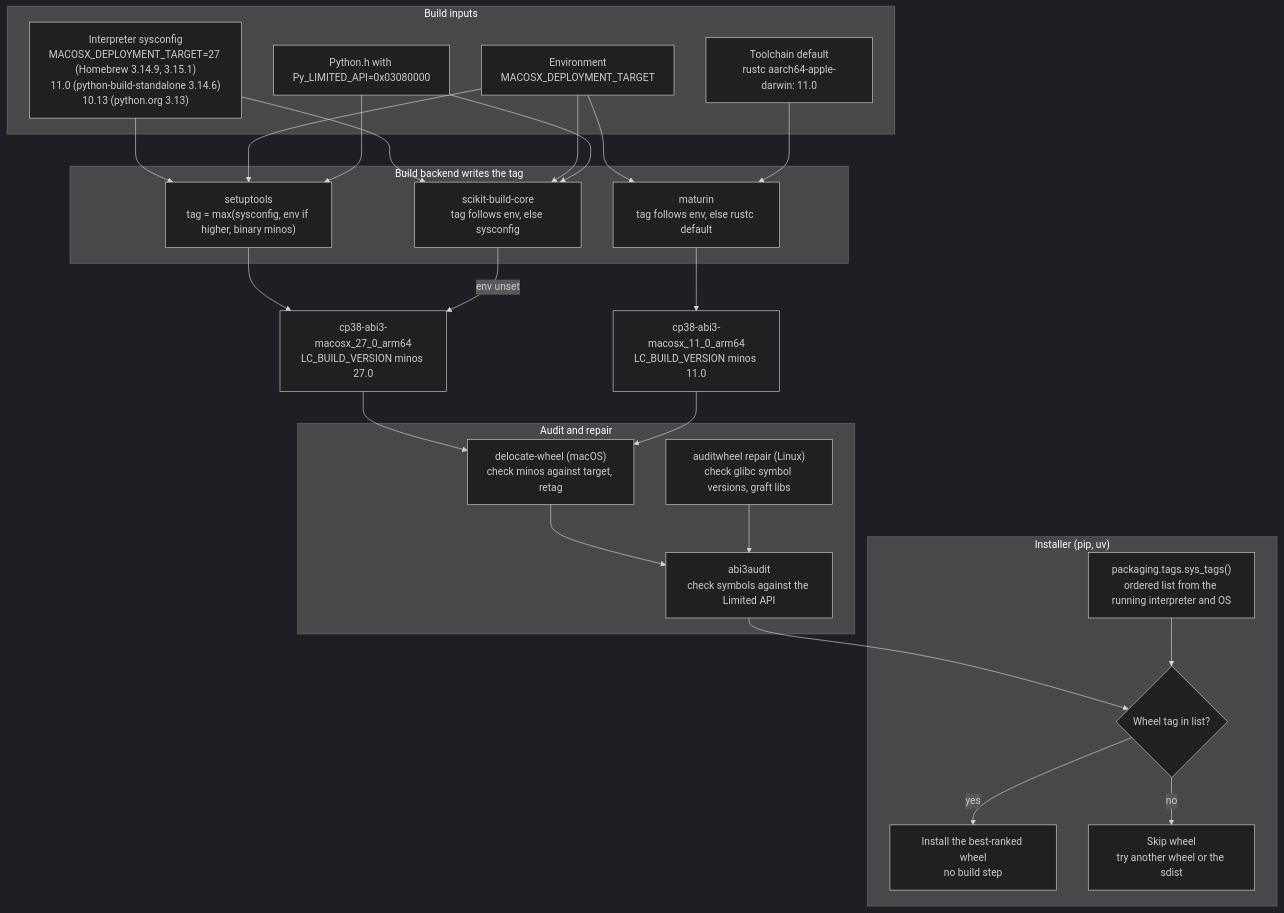
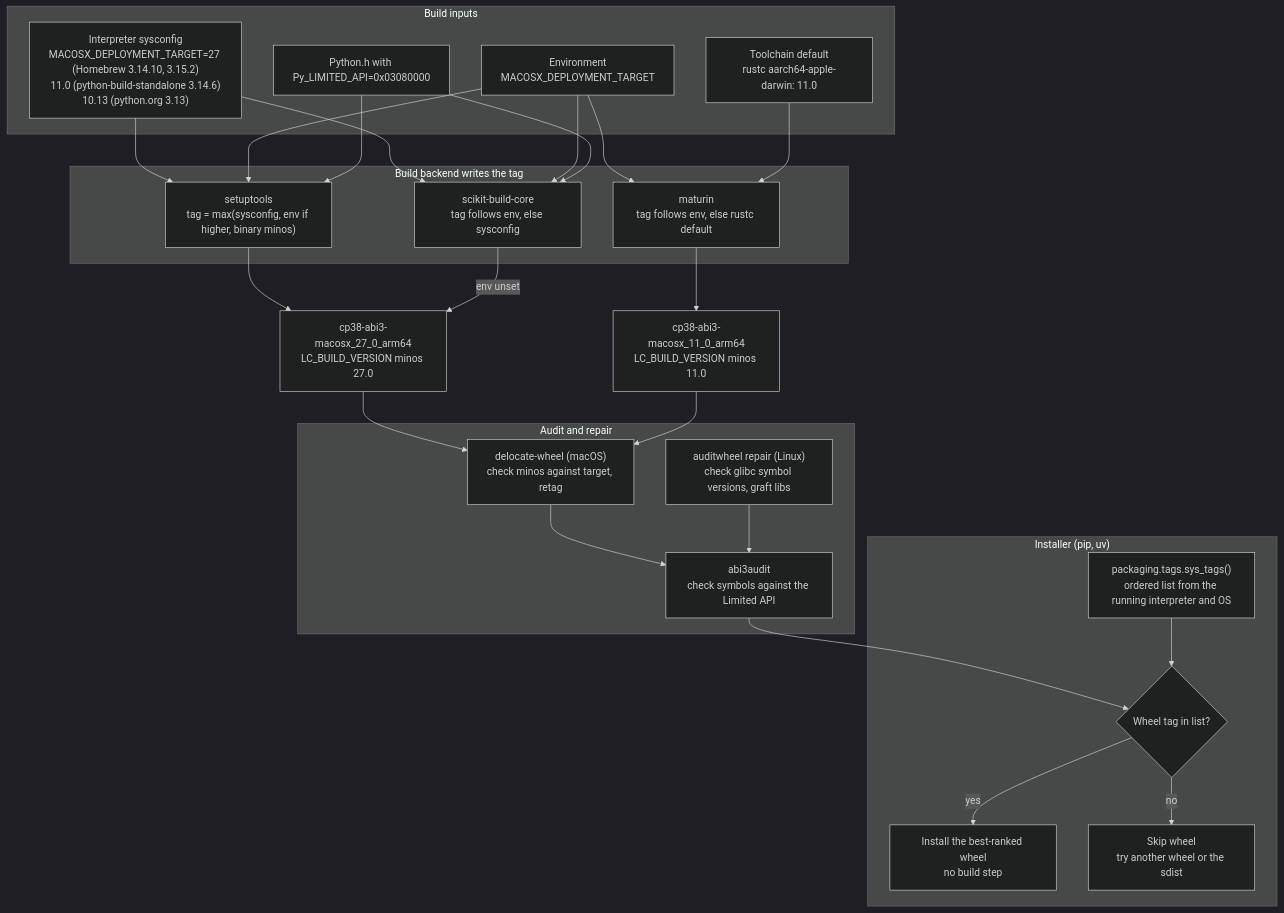
Before and after one commit to shreejitverma/SDE-Interview-Prep: the diagram in 18-Developer-Toolchain/07-Packaging-and-Release/Python/Python-Wheels-Platform-Tags-Manylinux-and-ABI3.md, drawn with Mermaid (dark theme). The commit also changed other lines of this file and 47 other files, not shown here.

````diff
--- a/18-Developer-Toolchain/07-Packaging-and-Release/Python/Python-Wheels-Platform-Tags-Manylinux-and-ABI3.md
+++ b/18-Developer-Toolchain/07-Packaging-and-Release/Python/Python-Wheels-Platform-Tags-Manylinux-and-ABI3.md
@@ -43,51 +44,51 @@
 ```mermaid
 flowchart TD
     subgraph Inputs["Build inputs"]
-        SYS["Interpreter sysconfig<br/>MACOSX_DEPLOYMENT_TARGET=27 (Homebrew 3.14.9, 3.15.1)<br/>11.0 (python-build-standalone 3.14.6)<br/>10.13 (python.org 3.13)"]
+        SYS["Interpreter sysconfig<br/>MACOSX_DEPLOYMENT_TARGET=27 (Homebrew 3.14.10, 3.15.2)<br/>11.0 (python-build-standalone 3.14.6)<br/>10.13 (python.org 3.13)"]
         ENV["Environment<br/>MACOSX_DEPLOYMENT_TARGET"]
         TC["Toolchain default<br/>rustc aarch64-apple-darwin: 11.0"]
         HDR["Python.h with Py_LIMITED_API=0x03080000"]
     end
 
     subgraph Backends["Build backend writes the tag"]
         ST["setuptools<br/>tag = max(sysconfig, env if higher, binary minos)"]
         SK["scikit-build-core<br/>tag follows env, else sysconfig"]
         MT["maturin<br/>tag follows env, else rustc default"]
     end
 
     SYS --> ST
     ENV --> ST
     SYS --> SK
     ENV --> SK
     ENV --> MT
     TC --> MT
     HDR --> ST
     HDR --> SK
 
     ST --> W1["cp38-abi3-macosx_27_0_arm64<br/>LC_BUILD_VERSION minos 27.0"]
     MT --> W2["cp38-abi3-macosx_11_0_arm64<br/>LC_BUILD_VERSION minos 11.0"]
     SK -->|"env unset"| W1
 
     subgraph Repair["Audit and repair"]
         DEL["delocate-wheel (macOS)<br/>check minos against target, retag"]
         AW["auditwheel repair (Linux)<br/>check glibc symbol versions, graft libs"]
         A3["abi3audit<br/>check symbols against the Limited API"]
     end
 
     W1 --> DEL
     W2 --> DEL
     DEL --> A3
     AW --> A3
 
     subgraph Install["Installer (pip, uv)"]
         TAGS["packaging.tags.sys_tags()<br/>ordered list from the running interpreter and OS"]
         PICK{"Wheel tag in list?"}
         OK["Install the best-ranked wheel<br/>no build step"]
         NO["Skip wheel<br/>try another wheel or the sdist"]
     end
 
     A3 --> PICK
     TAGS --> PICK
     PICK -->|"yes"| OK
     PICK -->|"no"| NO
 ```
````
